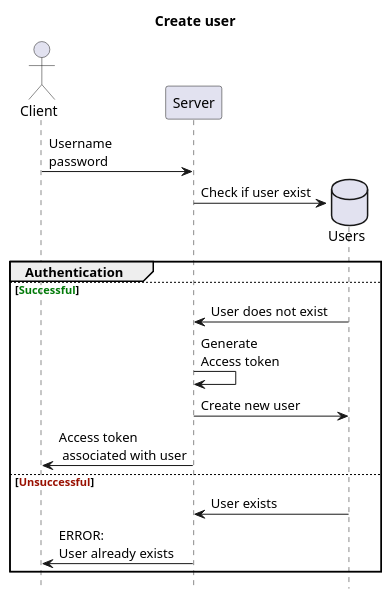
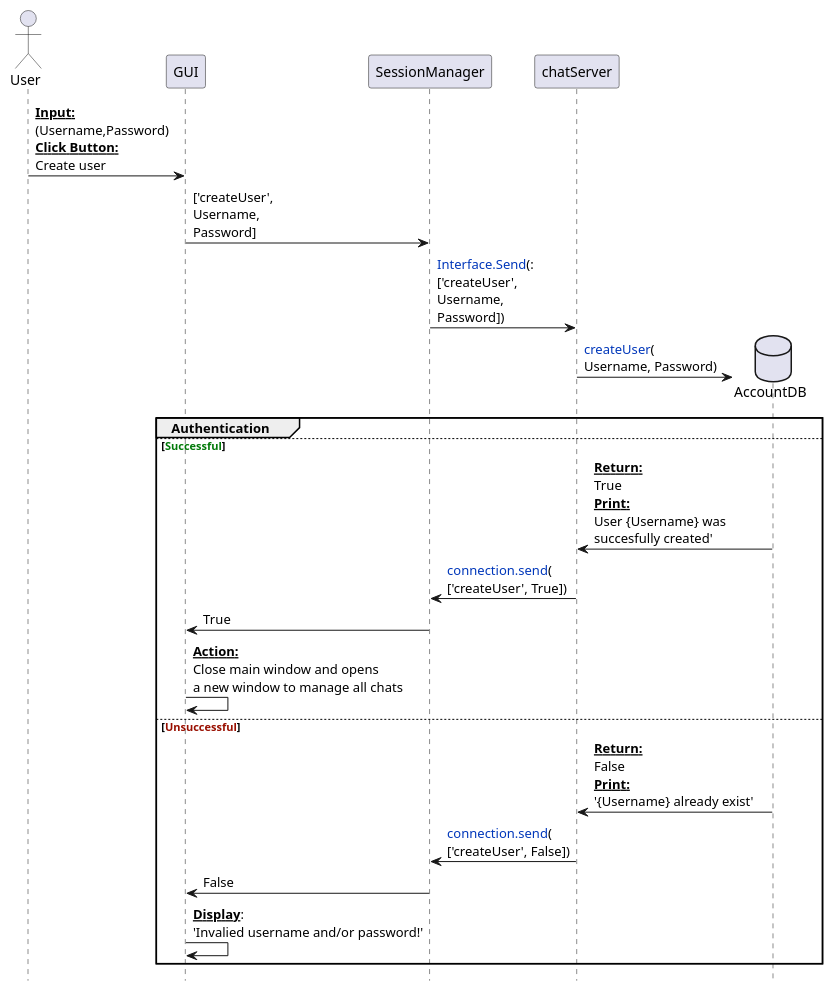
One commit to VVrongSide/P5-courses changed the diagram in OOADI/plantuml/SSD_create_user.puml. Above: the diagram before and after it, drawn with PlantUML. The commit also changed 14 other files, not shown here.

Commit message:
New plantuml

```diff
--- a/OOADI/plantuml/SSD_create_user.puml
+++ b/OOADI/plantuml/SSD_create_user.puml
@@ -1,22 +1,27 @@
 @startuml
 hide footbox
-title Create user
 
-actor Client
-participant Server
+actor User
+participant GUI
+participant SessionManager
+participant chatServer
 
-Client -> Server : Username\npassword
-create database Users
-Server -> Users: Check if user exist
+User -> GUI: __**Input:**__\n(Username,Password)\n__**Click Button:**__\nCreate user
+GUI -> SessionManager : ['createUser',\nUsername,\nPassword]
+SessionManager -> chatServer: <color #0037ba>Interface.Send</color>(:\n['createUser',\nUsername,\nPassword])
+create database AccountDB
+chatServer -> AccountDB: <color #0037ba>createUser</color>(\nUsername, Password)
 group Authentication
 else <color #027a09>Successful</color>
-        Users -> Server: User does not exist
-        Server -> Server: Generate\nAccess token
-        Server -> Users: Create new user
-        Server -> Client: Access token\n associated with user
+        AccountDB -> chatServer:__**Return:**__\nTrue\n__**Print:**__\nUser {Username} was\nsuccesfully created'
+        chatServer -> SessionManager: <color #0037ba>connection.send</color>(\n['createUser', True])
+        SessionManager -> GUI: True
+        GUI -> GUI: __**Action:**__\nClose main window and opens\na new window to manage all chats
 
 else <color #990f00>Unsuccessful</color>
-        Users -> Server: User exists
-        Server -> Client: ERROR:\nUser already exists
+        AccountDB -> chatServer: __**Return:**__\nFalse\n__**Print:**__\n'{Username} already exist'
+        chatServer -> SessionManager: <color #0037ba>connection.send</color>(\n['createUser', False])
+        SessionManager -> GUI: False
+        GUI-> GUI: __**Display**__:\n'Invalied username and/or password!'
 end
 @enduml
```
